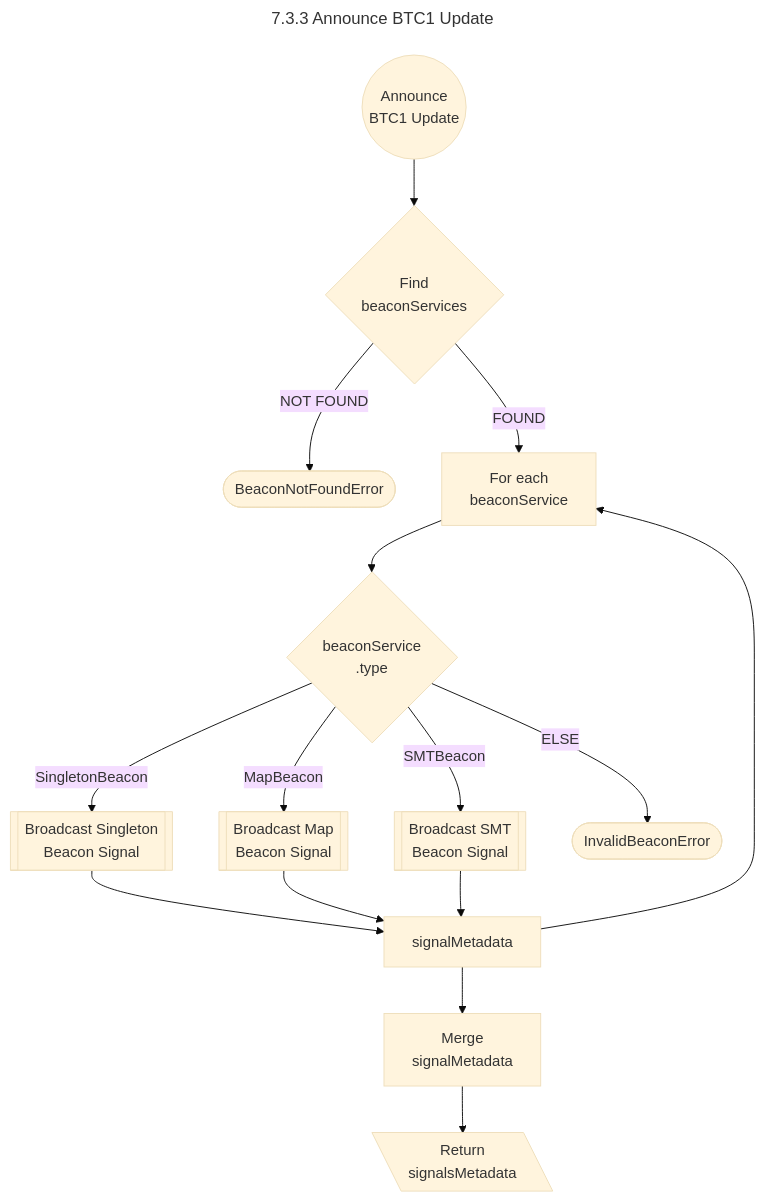
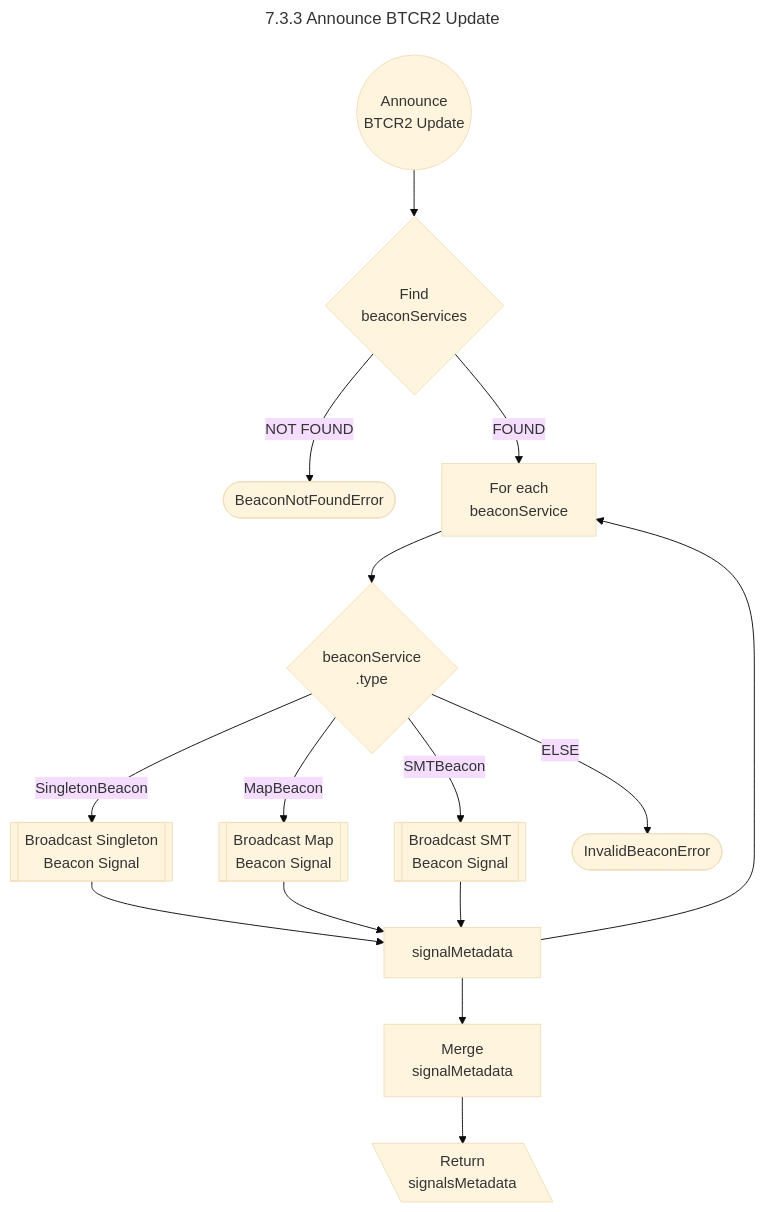
The diagram in docs/public/diagrams/crud/update/sub3-announce-flowchart.mmd (jintekc/website-btcr2-dev), drawn with Mermaid (base theme) before and after one commit. The commit also changed 20 other files, not shown here.

```diff
--- a/docs/public/diagrams/crud/update/sub3-announce-flowchart.mmd
+++ b/docs/public/diagrams/crud/update/sub3-announce-flowchart.mmd
@@ -1,19 +1,19 @@
 ---
-title: 7.3.3 Announce BTC1 Update
+title: 7.3.3 Announce BTCR2 Update
 ---
 
 flowchart TD
-    Start@{shape: circle, label: Announce<br>BTC1 Update} --> FindBeacons{Find<br>beaconServices}
+    Start@{shape: circle, label: Announce<br>BTCR2 Update} --> FindBeacons{Find<br>beaconServices}
     FindBeacons -->|NOT FOUND| BeaconNotFound@{shape: stadium, label: BeaconNotFoundError}
     FindBeacons -->|FOUND| ForEach[For each<br>beaconService]
     ForEach -->AddMoreBeacons{beaconService<br>.type}
     AddMoreBeacons -->|SingletonBeacon| BroadcastSingleton@{shape: subproc, label: Broadcast Singleton<br>Beacon Signal}
     AddMoreBeacons -->|MapBeacon| BroadcastMap@{shape: subproc, label: Broadcast Map<br>Beacon Signal}
     AddMoreBeacons -->|SMTBeacon| BroadcastSMT@{shape: subproc, label: Broadcast SMT<br>Beacon Signal}
     AddMoreBeacons -->|ELSE| InvalidBeacon@{shape: stadium, label: InvalidBeaconError}
     BroadcastSingleton --> SignalMetadata[signalMetadata]
     BroadcastMap --> SignalMetadata
     BroadcastSMT --> SignalMetadata
     SignalMetadata --> MergeSignalsMetadata[Merge<br>signalMetadata]
     SignalMetadata --> ForEach
     MergeSignalsMetadata --> Return@{shape: lean-l, label: Return<br>signalsMetadata}
```
